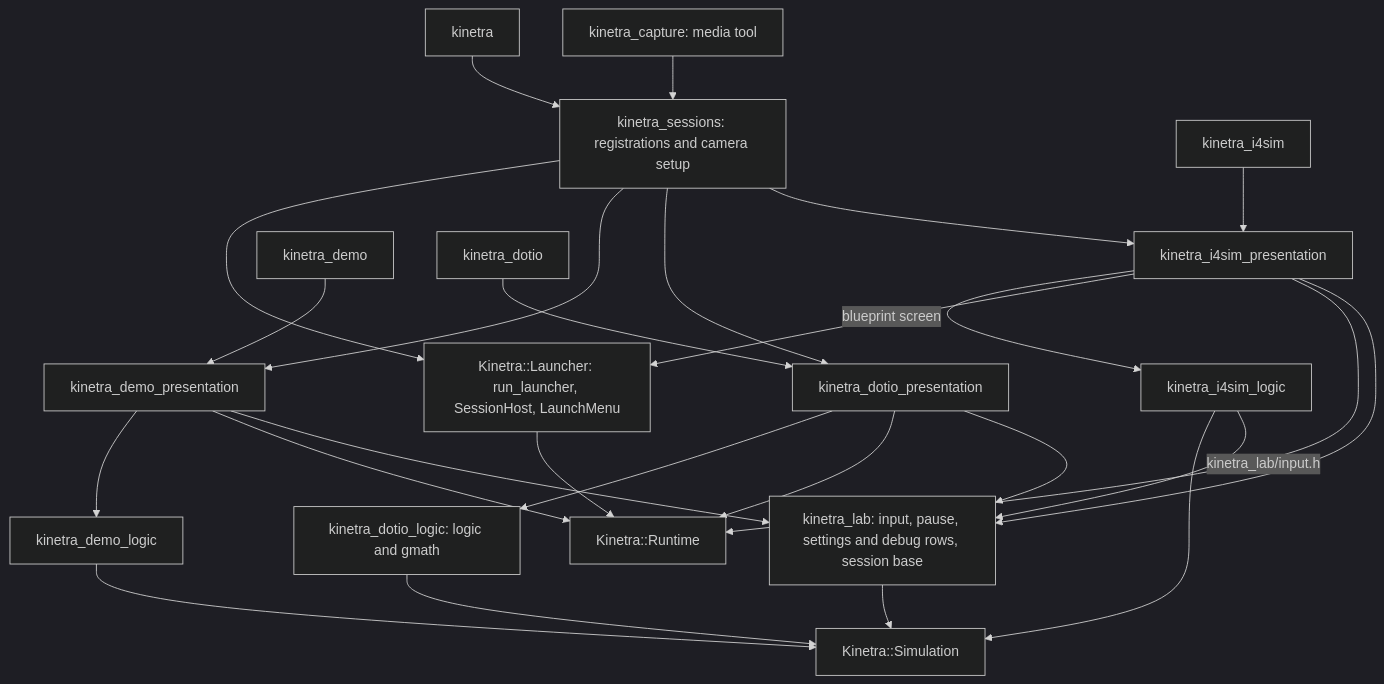
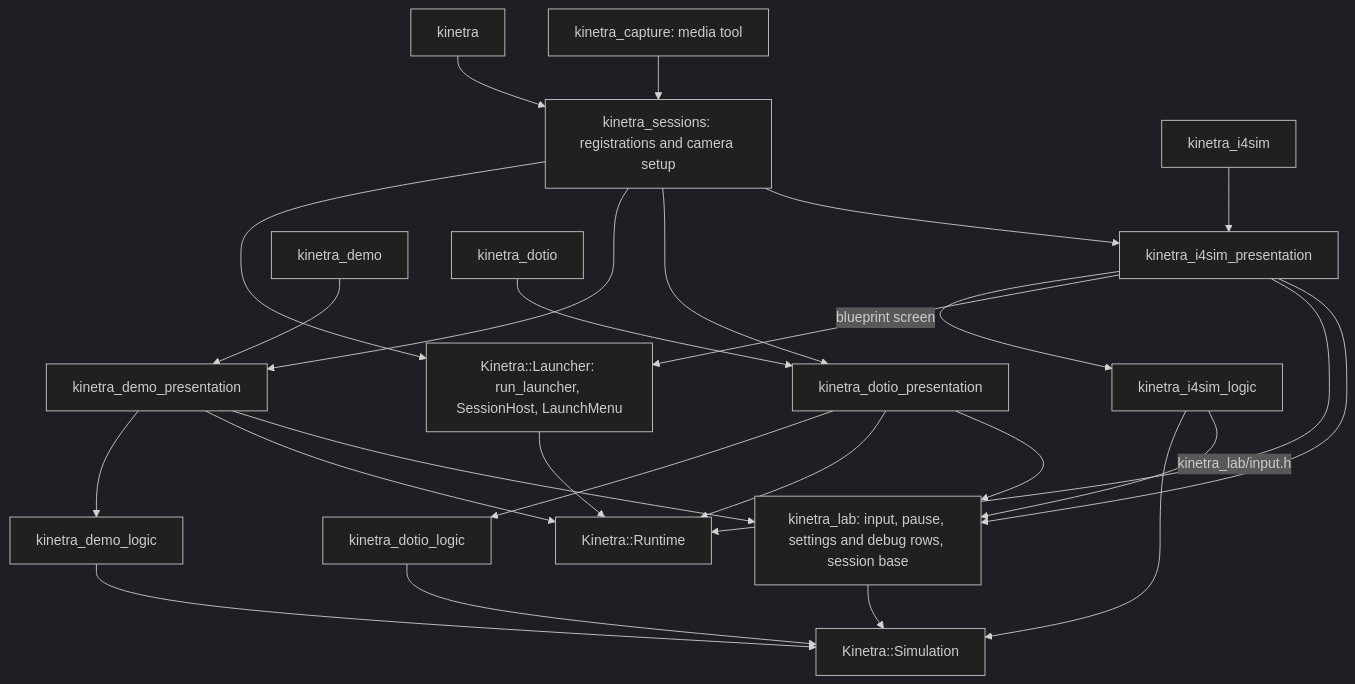
One commit to SMB-M87/Kinetra-Lab changed the first of 2 diagrams in docs/architecture.md. Above: the diagram before and after it, drawn with Mermaid (dark theme). The commit also changed 2 other files, not shown here.

Commit message:
docs(design): record step 6 of the Dotio restructuring
Claude-Session: https://claude.ai/code/session_01PNJvEpN88yCbz8kEPTAcy2

````diff
--- a/docs/architecture.md
+++ b/docs/architecture.md
@@ -15,28 +15,28 @@
 ```mermaid
 flowchart TD
     Bundled[kinetra] --> Sessions[kinetra_sessions: registrations and camera setup]
     Capture[kinetra_capture: media tool] --> Sessions
     Sessions --> Launcher[Kinetra::Launcher: run_launcher, SessionHost, LaunchMenu]
     Sessions --> Demo[kinetra_demo_presentation]
     Sessions --> Dotio[kinetra_dotio_presentation]
     Sessions --> Factory[kinetra_i4sim_presentation]
     FactoryExe[kinetra_i4sim] --> Factory
     Factory --> FactoryLogic[kinetra_i4sim_logic]
     Factory -->|blueprint screen| Launcher
     FactoryLogic --> Sim
     Factory --> Runtime
     DemoExe[kinetra_demo] --> Demo
     DotioExe[kinetra_dotio] --> Dotio
     Demo --> Scene[kinetra_demo_logic]
-    Dotio --> Logic[kinetra_dotio_logic: logic and gmath]
+    Dotio --> Logic[kinetra_dotio_logic]
     Scene --> Sim[Kinetra::Simulation]
     Logic --> Sim
     Launcher --> Runtime[Kinetra::Runtime]
     Demo --> Runtime
     Dotio --> Runtime
     Demo --> Common[kinetra_lab: input, pause, settings and debug rows, session base]
     Dotio --> Common
     Factory --> Common
     FactoryLogic -->|kinetra_lab/input.h| Common
     Common --> Sim
 ```
````
